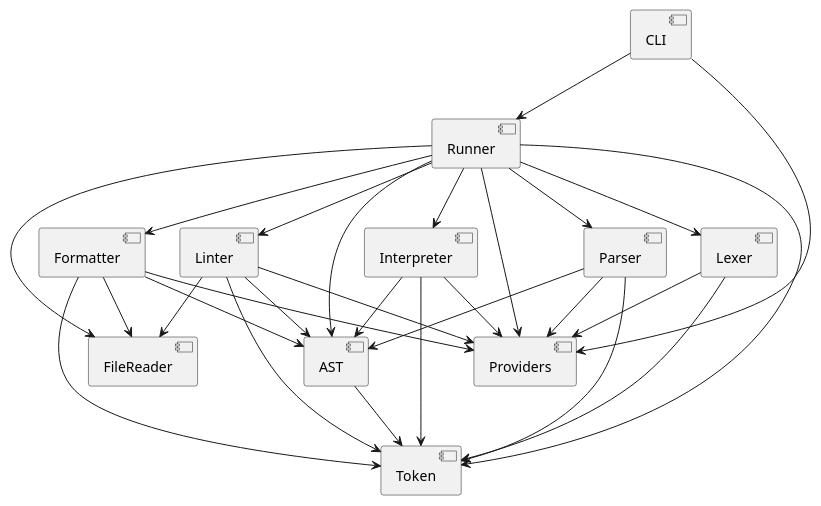
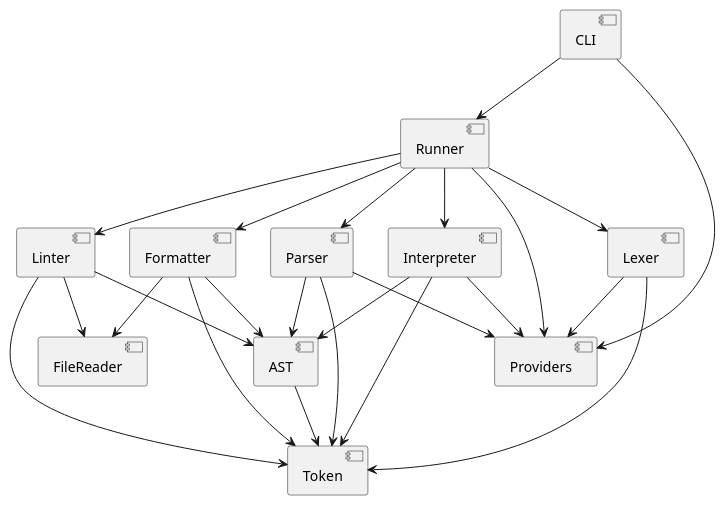
Before and after one commit to ingsis-group-11/printScript: the diagram in Modules.puml, drawn with PlantUML. The commit also changed 13 other files, not shown here.

```diff
--- a/Modules.puml
+++ b/Modules.puml
@@ -1,62 +1,57 @@
 @startuml
 
 component Token
 component FileReader
 component Providers
 
 component AST {
     [AST] --> Token
 }
 
 component Parser {
     [Parser] --> Token
     [Parser] --> AST
     [Parser] --> Providers
 }
 
 component Lexer {
     [Lexer] --> Token
     [Lexer] --> Providers
 }
 
 component Formatter {
     [Formatter] --> Token
     [Formatter] --> AST
     [Formatter] --> FileReader
-    [Formatter] --> Providers
 }
 
 component Interpreter {
     [Interpreter] --> AST
     [Interpreter] --> Token
     [Interpreter] --> Providers
 }
 
 component Linter {
     [Linter] --> Token
     [Linter] --> AST
     [Linter] --> FileReader
-    [Linter] --> Providers
 }
 
 component Runner {
-    [Runner] --> Token
-    [Runner] --> AST
     [Runner] --> Lexer
     [Runner] --> Parser
     [Runner] --> Interpreter
     [Runner] --> Formatter
-    [Runner] --> FileReader
     [Runner] --> Providers
     [Runner] --> Linter
 }
 
 component CLI {
     [CLI] --> Runner
     [CLI] --> Providers
 }
 
 left to right direction
 top to bottom direction
 
 @enduml
```
